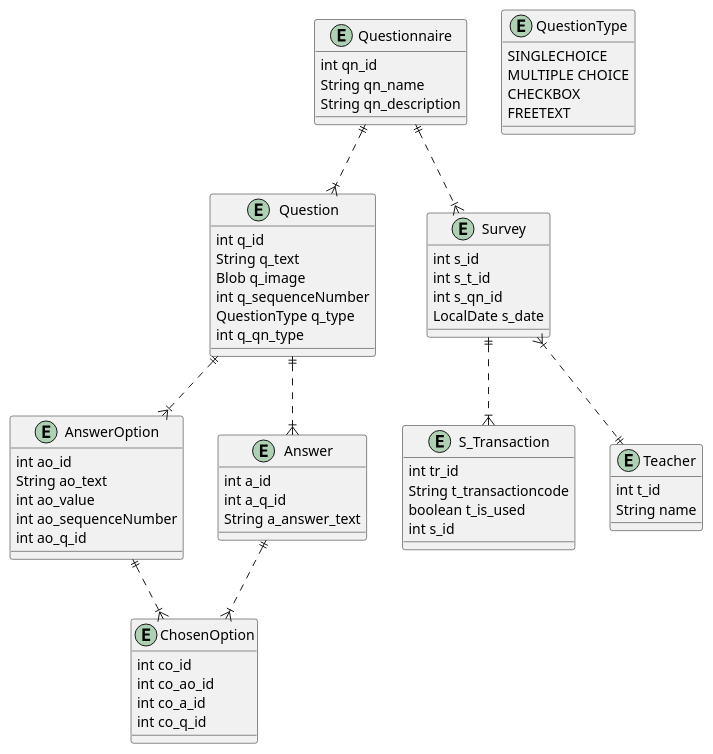
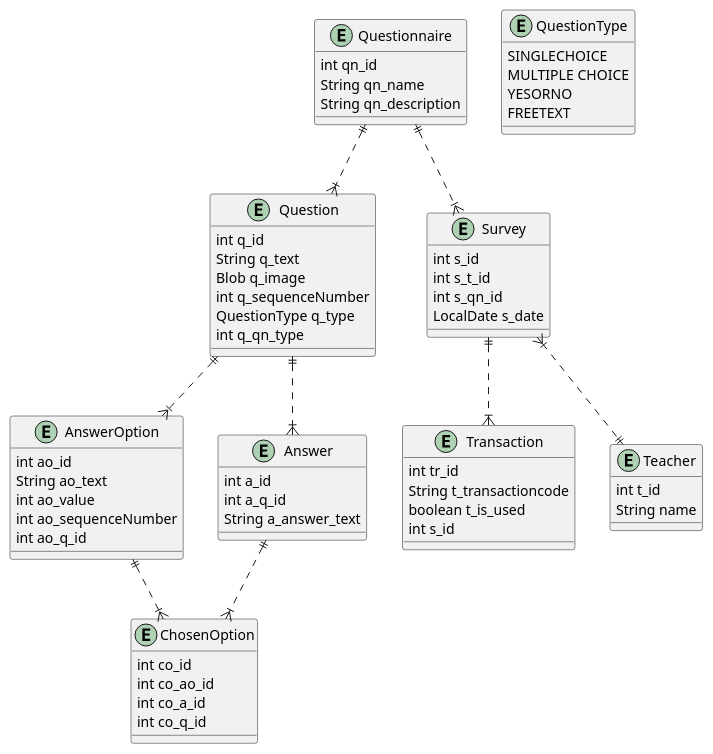
One commit to htl-leonding-project/leo-survey changed the diagram in Docs/system-specification-leosurvey/asciidocs/plantuml/erd.puml. Above: the diagram before and after it, drawn with PlantUML.

Commit message:
TF, 26.01.2020, updated erd #3

```diff
--- a/Docs/system-specification-leosurvey/asciidocs/plantuml/erd.puml
+++ b/Docs/system-specification-leosurvey/asciidocs/plantuml/erd.puml
@@ -1,66 +1,66 @@
 @startuml
 entity "Questionnaire" as 1{
     int qn_id
     String qn_name
     String qn_description
 }
 entity "Question" as 2 {
     int q_id
     String q_text
     Blob q_image
     int q_sequenceNumber
     QuestionType q_type
     int q_qn_type
 }
 entity "AnswerOption" as 3 {
     int ao_id
     String ao_text
     int ao_value
     int ao_sequenceNumber
     int ao_q_id
 }
 entity "ChosenOption" as 4 {
     int co_id
     int co_ao_id
     int co_a_id
     int co_q_id
 }
 entity "Answer" as 5 {
     int a_id
     int a_q_id
     String a_answer_text
 }
-entity "S_Transaction" as 6 {
+entity "Transaction" as 6 {
     int tr_id
     String t_transactioncode
     boolean t_is_used
     int s_id
 }
 entity QuestionType {
     SINGLECHOICE
     MULTIPLE CHOICE
-    CHECKBOX
+    YESORNO
     FREETEXT
 }
 
 entity "Teacher" as 7 {
     int t_id
     String name
 }
 
 entity "Survey" as 8 {
     int s_id
     int s_t_id
     int s_qn_id
     LocalDate s_date
 }
 
 1 ||..|{ 2
 2 ||..|{ 3
 3 ||..|{ 4
 8 }|..|| 7
 8 ||..|{ 6
 2 ||..|{ 5
 5 ||..|{ 4
 1 ||..|{ 8
 @enduml
```
